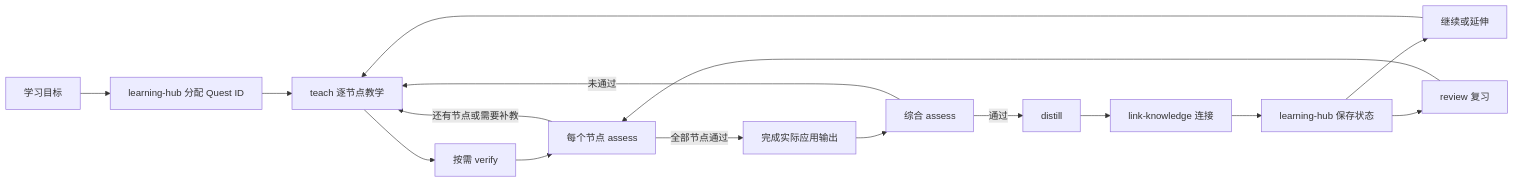
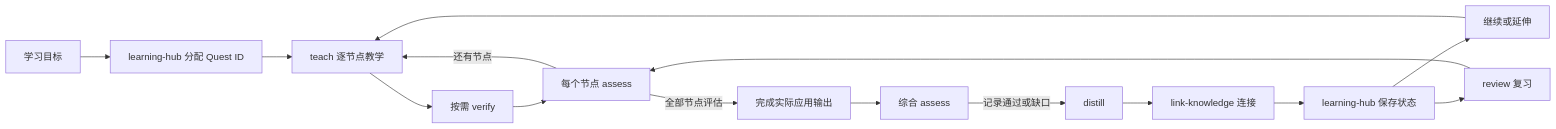
One commit to Serral828/Learning-Vault-Skills changed the diagram in README.md. Above: the diagram before and after it, drawn with Mermaid. The commit also changed other lines of this file and 5 other files, not shown here.

````diff
--- a/README.md
+++ b/README.md
@@ -145,18 +145,17 @@
 ```mermaid
 flowchart LR
     Q[学习目标] --> H[learning-hub 分配 Quest ID]
     H --> T[teach 逐节点教学]
     T --> V[按需 verify]
     V --> A[每个节点 assess]
-    A -->|还有节点或需要补教| T
-    A -->|全部节点通过| O[完成实际应用输出]
+    A -->|还有节点| T
+    A -->|全部节点评估| O[完成实际应用输出]
     O --> CA[综合 assess]
-    CA -->|未通过| T
-    CA -->|通过| D[distill]
+    CA -->|记录通过或缺口| D[distill]
     D --> L[link-knowledge 连接]
     L --> H2[learning-hub 保存状态]
     H2 --> C[继续或延伸]
     H2 --> R[review 复习]
     C --> T
     R --> A
 ```
````
